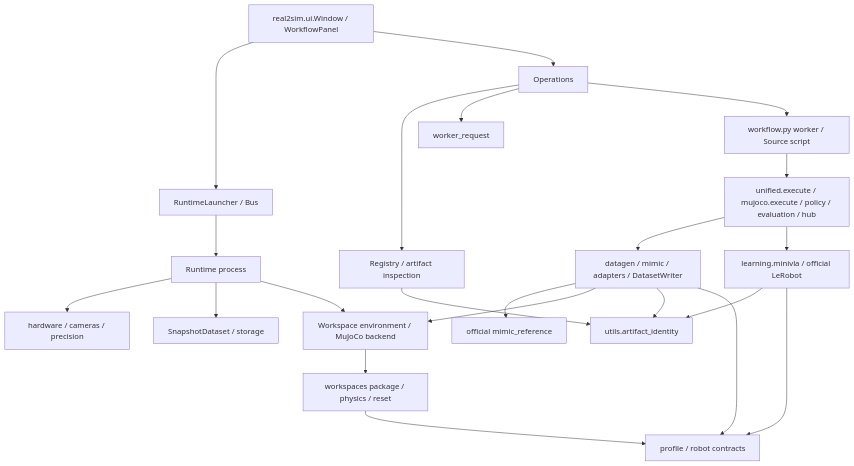
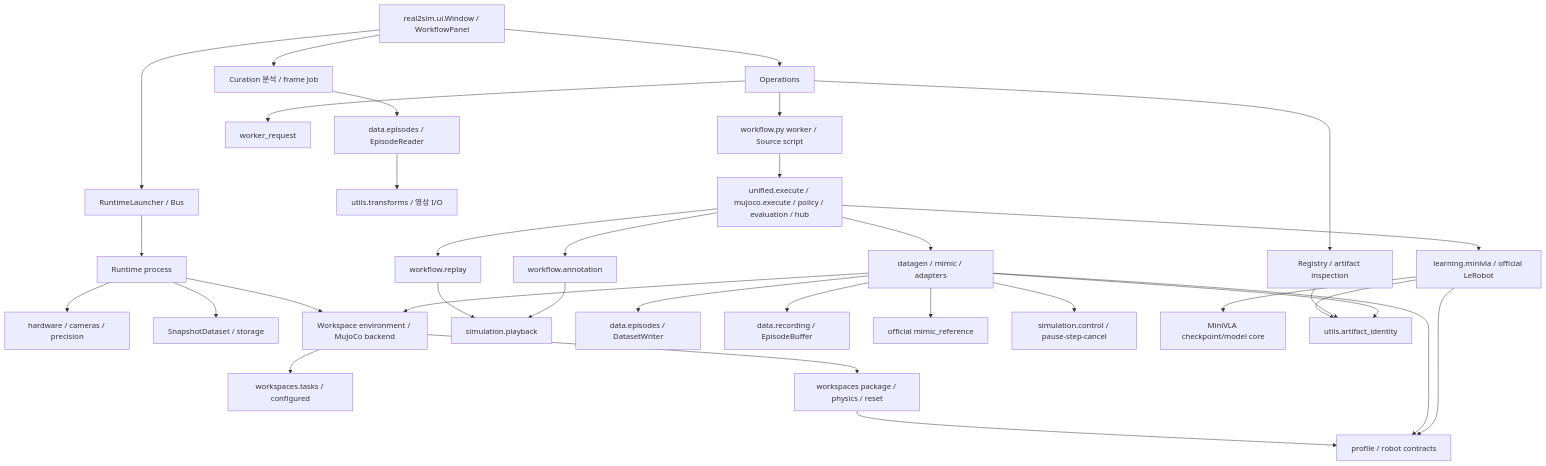
The third of 3 diagrams in docs/architecture/DEPENDENCIES.md (HYEONHEE5739/so101-isaaclab), drawn with Mermaid before and after one commit. The commit also changed other lines of this file and 81 other files, not shown here.

First line of the commit message:
Refactor workflow I/O and simulation responsibilities through 6c-2b

````diff
--- a/docs/architecture/DEPENDENCIES.md
+++ b/docs/architecture/DEPENDENCIES.md
@@ -8,24 +62,36 @@
 ```mermaid
 flowchart TD
     Desktop[real2sim.ui.Window / WorkflowPanel] --> Launch[RuntimeLauncher / Bus]
     Launch --> Runtime[Runtime process]
     Runtime --> HC[hardware / cameras / precision]
     Runtime --> Capture[SnapshotDataset / storage]
     Runtime --> Engine[Workspace environment / MuJoCo backend]
     Desktop --> Ops[Operations]
+    Desktop --> Review[Curation 분석 / frame Job]
+    Review --> Reader[data.episodes / EpisodeReader]
+    Reader --> Pure[utils.transforms / 영상 I/O]
     Ops --> Registry[Registry / artifact inspection]
     Ops --> Request[worker_request]
     Ops --> CLI[workflow.py worker / Source script]
     CLI --> Unified[unified.execute / mujoco.execute / policy / evaluation / hub]
-    Unified --> Gen[datagen / mimic / adapters / DatasetWriter]
+    Unified --> RP[workflow.replay]
+    Unified --> AN[workflow.annotation]
+    RP --> PB[simulation.playback]
+    AN --> PB
+    Unified --> Gen[datagen / mimic / adapters]
+    Gen --> Writer[data.episodes / DatasetWriter]
+    Gen --> Buffer[data.recording / EpisodeBuffer]
     Gen --> Ref[official mimic_reference]
     Gen --> Engine
+    Gen --> Control[simulation.control / pause-step-cancel]
+    Engine --> TaskConfig[workspaces.tasks / configured]
+    Learning --> Checkpoint[MiniVLA checkpoint/model core]
     Unified --> Learning[learning.minivla / official LeRobot]
     Learning --> Identity[utils.artifact_identity]
     Registry --> Identity
     Gen --> Identity
     Engine --> Workspace[workspaces package / physics / reset]
     Workspace --> Profile[profile / robot contracts]
     Gen --> Profile
     Learning --> Profile
 ```
````
